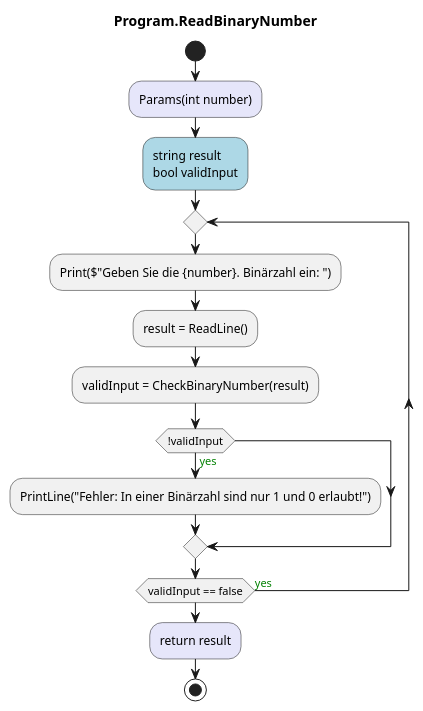
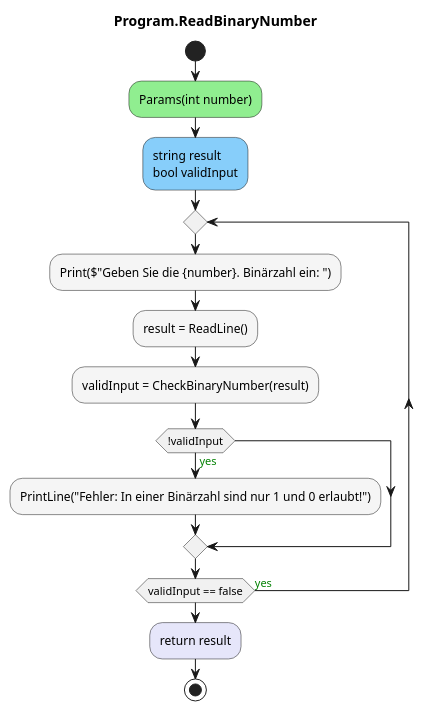
One commit to leoggehrer/2324-34_ABIF_ACIF_POSE changed the diagram in BinaryAdder.ConApp/diagrams/ac_Program_ReadBinaryNumber.puml. Above: the diagram before and after it, drawn with PlantUML. The commit also changed 713 other files, not shown here.

Commit message:
Generated diagrams.

```diff
--- a/BinaryAdder.ConApp/diagrams/ac_Program_ReadBinaryNumber.puml
+++ b/BinaryAdder.ConApp/diagrams/ac_Program_ReadBinaryNumber.puml
@@ -1,17 +1,16 @@
 @startuml Program.ReadBinaryNumber
 title Program.ReadBinaryNumber
 start
-#Lavender:Params(int number);
-#LightBlue:string result
-bool validInput;
+#LightGreen:Params(int number);
+#LightSkyBlue:string result\nbool validInput;
 repeat
-    :Print($"Geben Sie die {number}. Binärzahl ein: ");
-    :result = ReadLine();
-    :validInput = CheckBinaryNumber(result);
-    if (!validInput) then (<color:green>yes)
-        :PrintLine("Fehler: In einer Binärzahl sind nur 1 und 0 erlaubt!");
-    endif
+        #WhiteSmoke:Print($"Geben Sie die {number}. Binärzahl ein: ");
+        #WhiteSmoke:result = ReadLine();
+        #WhiteSmoke:validInput = CheckBinaryNumber(result);
+        if (!validInput) then (<color:green>yes)
+                #WhiteSmoke:PrintLine("Fehler: In einer Binärzahl sind nur 1 und 0 erlaubt!");
+        endif
 repeat while (validInput == false) is (<color:green>yes)
 #Lavender:return result;
 stop
 @enduml
```
